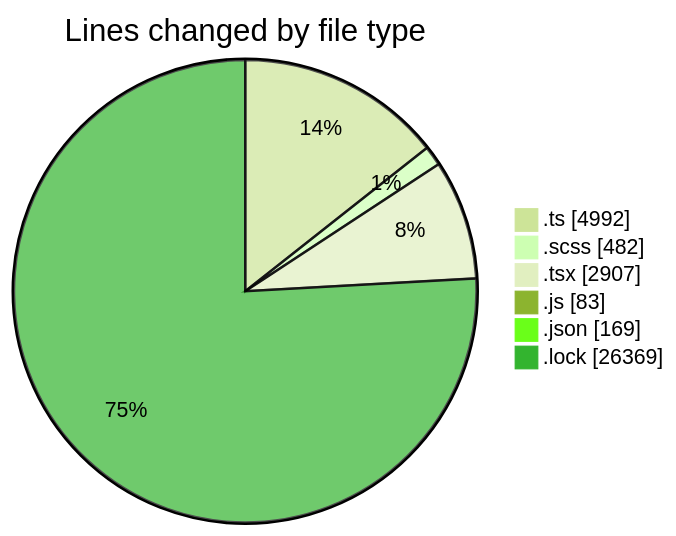
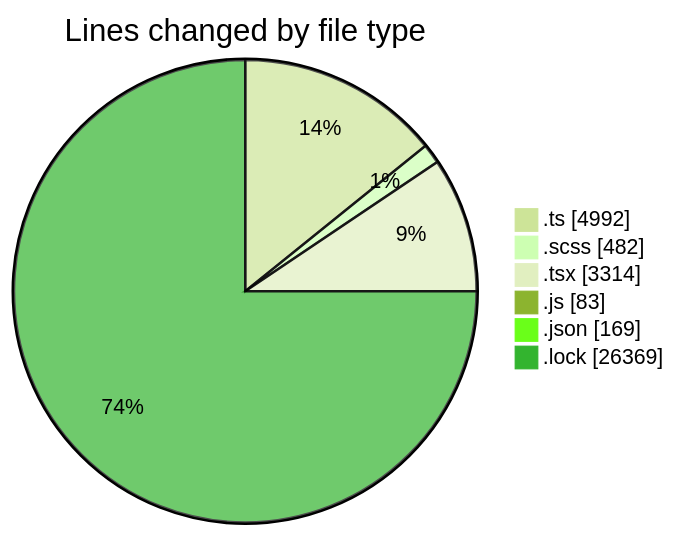
One commit to momahboobian/code-tracking changed the first of 2 diagrams in 2025-09-12/cda/README.md. Above: the diagram before and after it, drawn with Mermaid (forest theme). The commit also changed other lines of this file and 1 other file, not shown here.

````diff
--- a/2025-09-12/cda/README.md
+++ b/2025-09-12/cda/README.md
@@ -35,10 +35,10 @@
 ```mermaid
 pie showData
 title Lines changed by file type
 ".ts" : 4992
 ".scss" : 482
-".tsx" : 2907
+".tsx" : 3314
 ".js" : 83
 ".json" : 169
 ".lock" : 26369
 ```
````
